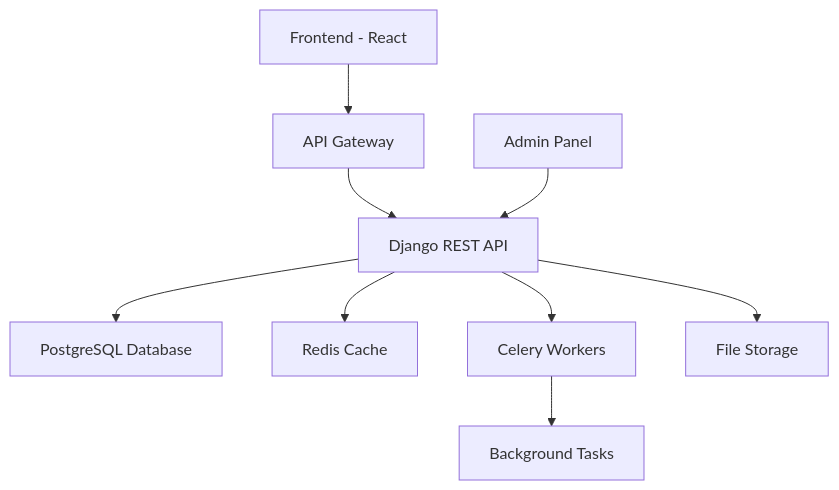
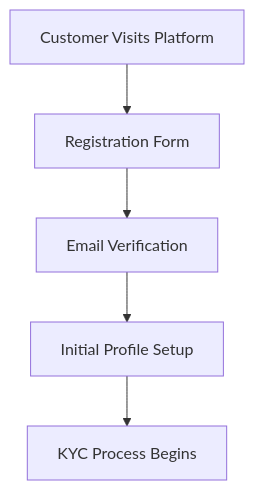
The diagram in docs/index.md (carlossilvatbh/onboarding-platform), drawn with Mermaid before and after one commit. The commit also changed other lines of this file and 29 other files, not shown here.

````diff
--- a/docs/index.md
+++ b/docs/index.md
@@ -47,11 +64,7 @@
 ```mermaid
-graph TB
-    A[Frontend - React] --> B[API Gateway]
-    B --> C[Django REST API]
-    C --> D[PostgreSQL Database]
-    C --> E[Redis Cache]
-    C --> F[Celery Workers]
-    F --> G[Background Tasks]
-    C --> H[File Storage]
-    I[Admin Panel] --> C
+graph TD
+    A[Customer Visits Platform] --> B[Registration Form]
+    B --> C[Email Verification]
+    C --> D[Initial Profile Setup]
+    D --> E[KYC Process Begins]
 ```
````
